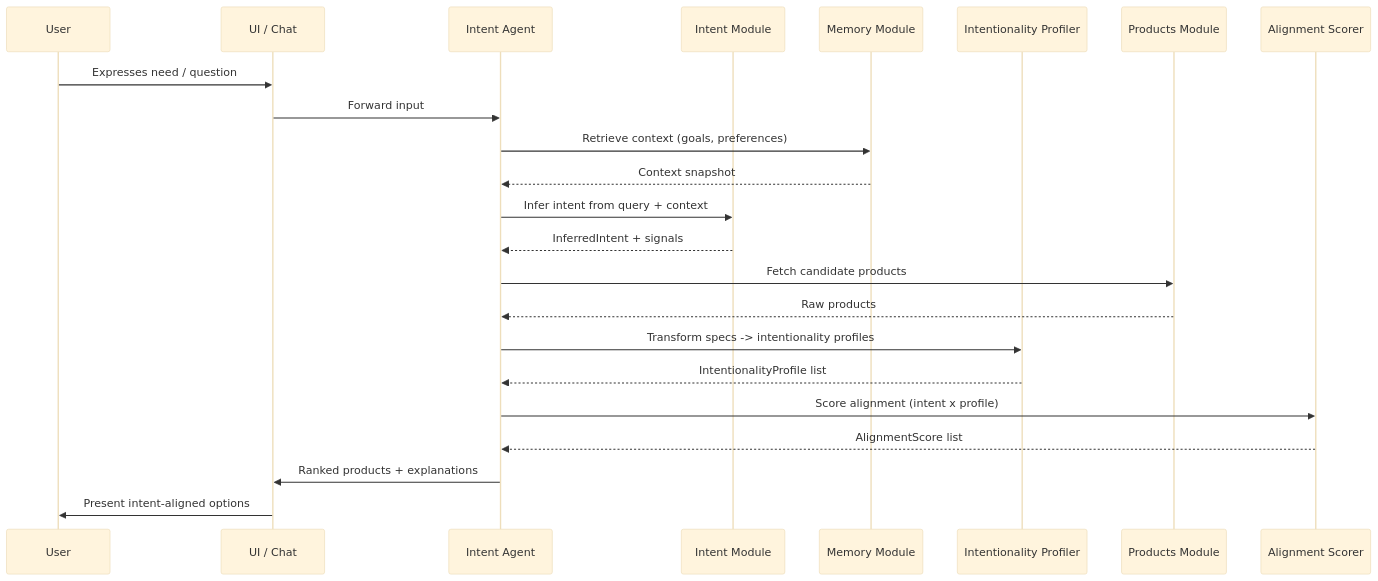
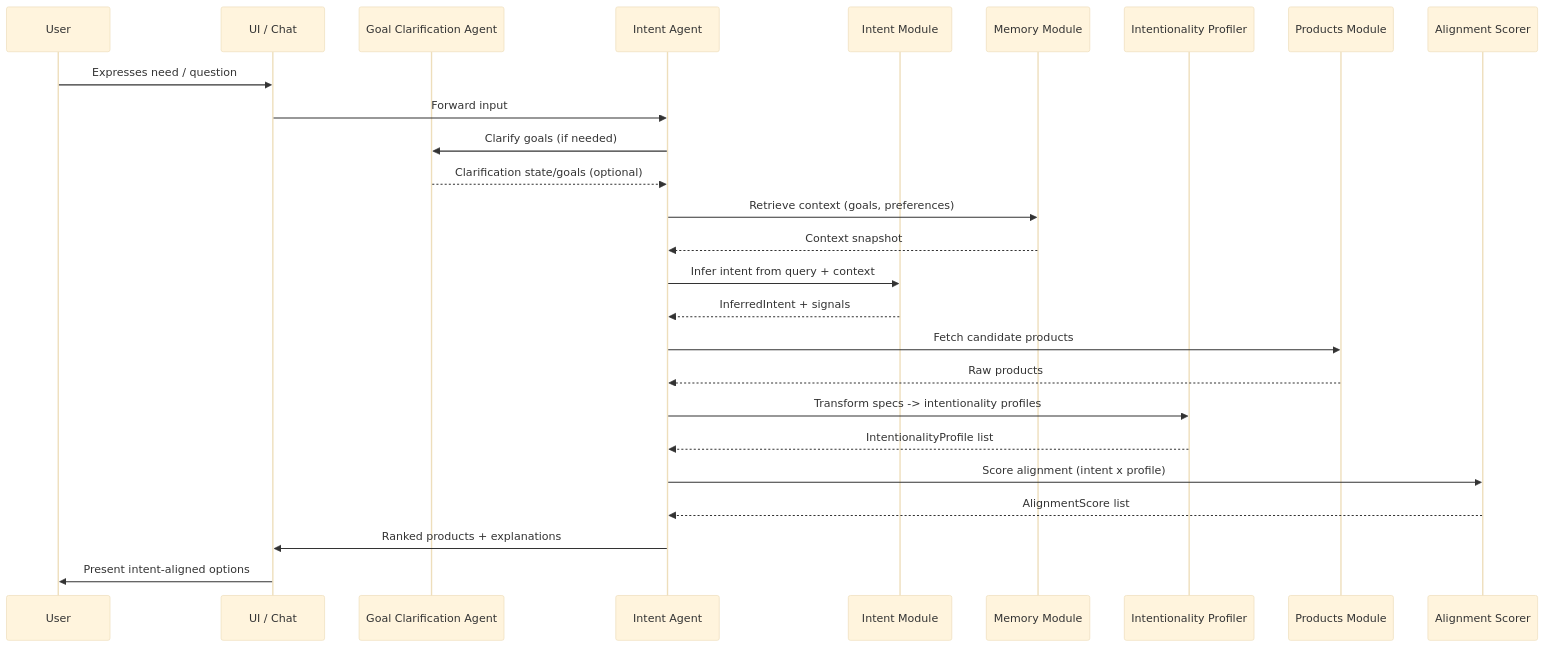
The diagram in docs/sequence-diagram.md (ai-knowledge-hub/deep-dive-analysis-agentic-commerce-augmentation), drawn with Mermaid (base theme) before and after one commit. The commit also changed other lines of this file and 27 other files, not shown here.

````diff
--- a/docs/sequence-diagram.md
+++ b/docs/sequence-diagram.md
@@ -16,32 +17,36 @@
 ```mermaid
 sequenceDiagram
     participant U as User
     participant UI as UI / Chat
+    participant GC as Goal Clarification Agent
     participant IA as Intent Agent
     participant IM as Intent Module
     participant MM as Memory Module
     participant IP as Intentionality Profiler
     participant PM as Products Module
     participant AS as Alignment Scorer
 
     U->>UI: Expresses need / question
     UI->>IA: Forward input
+
+    IA->>GC: Clarify goals (if needed)
+    GC-->>IA: Clarification state/goals (optional)
 
     IA->>MM: Retrieve context (goals, preferences)
     MM-->>IA: Context snapshot
 
     IA->>IM: Infer intent from query + context
     IM-->>IA: InferredIntent + signals
 
     IA->>PM: Fetch candidate products
     PM-->>IA: Raw products
 
     IA->>IP: Transform specs -> intentionality profiles
     IP-->>IA: IntentionalityProfile list
 
     IA->>AS: Score alignment (intent x profile)
     AS-->>IA: AlignmentScore list
 
     IA->>UI: Ranked products + explanations
     UI->>U: Present intent-aligned options
 ```
````
